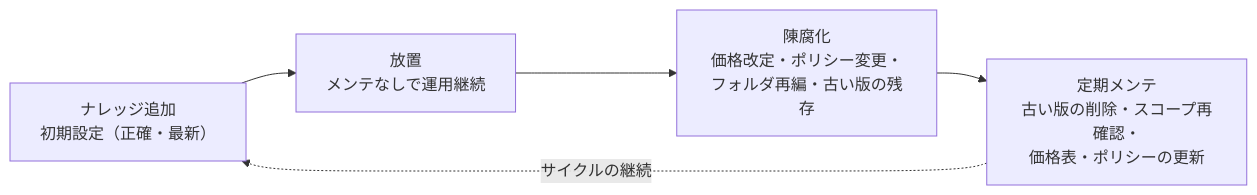
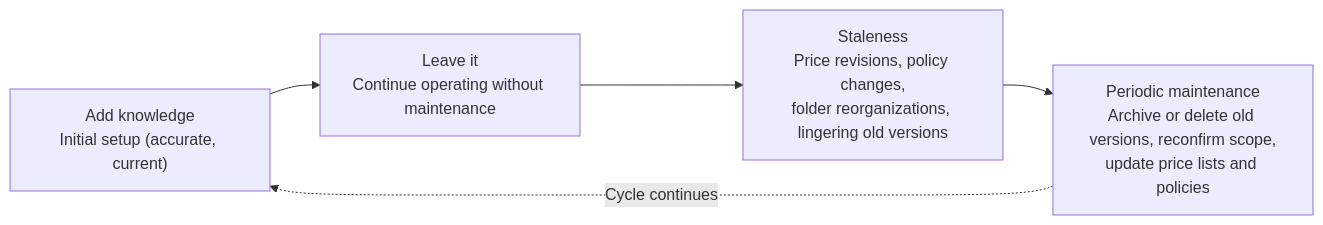
Before and after one commit to AbdullahMufti/ccao-f-guide: diagram 13 of 19 in guide.md, drawn with Mermaid. The commit also changed other lines of this file and 3 other files, not shown here.

````diff
--- a/guide.md
+++ b/guide.md
@@ -843,9 +849,9 @@
 ```mermaid
 flowchart LR
-    A["ナレッジ追加<br/>初期設定（正確・最新）"]
-    B["放置<br/>メンテなしで運用継続"]
-    C["陳腐化<br/>価格改定・ポリシー変更・<br/>フォルダ再編・古い版の残存"]
-    D["定期メンテ<br/>古い版の削除・スコープ再確認・<br/>価格表・ポリシーの更新"]
+    A["Add knowledge<br/>Initial setup (accurate, current)"]
+    B["Leave it<br/>Continue operating without maintenance"]
+    C["Staleness<br/>Price revisions, policy changes,<br/>folder reorganizations, lingering old versions"]
+    D["Periodic maintenance<br/>Archive or delete old versions, reconfirm scope,<br/>update price lists and policies"]
     A --> B --> C --> D
-    D -.->|"サイクルの継続"| A
+    D -.->|"Cycle continues"| A
 ```
````
